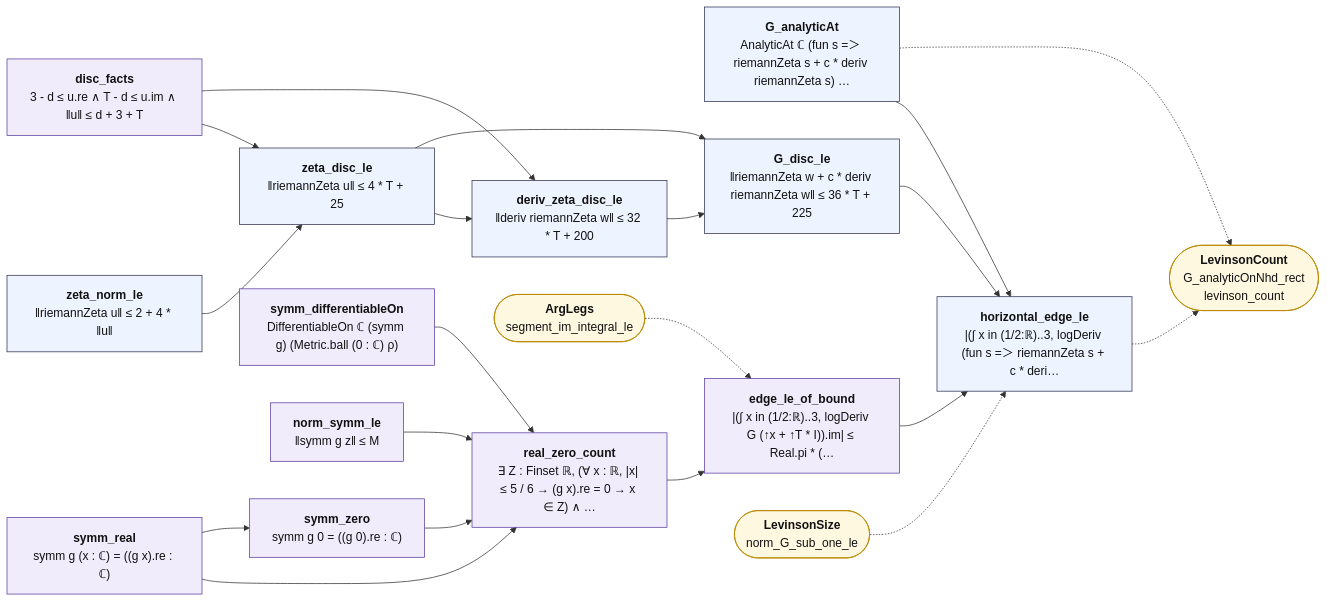
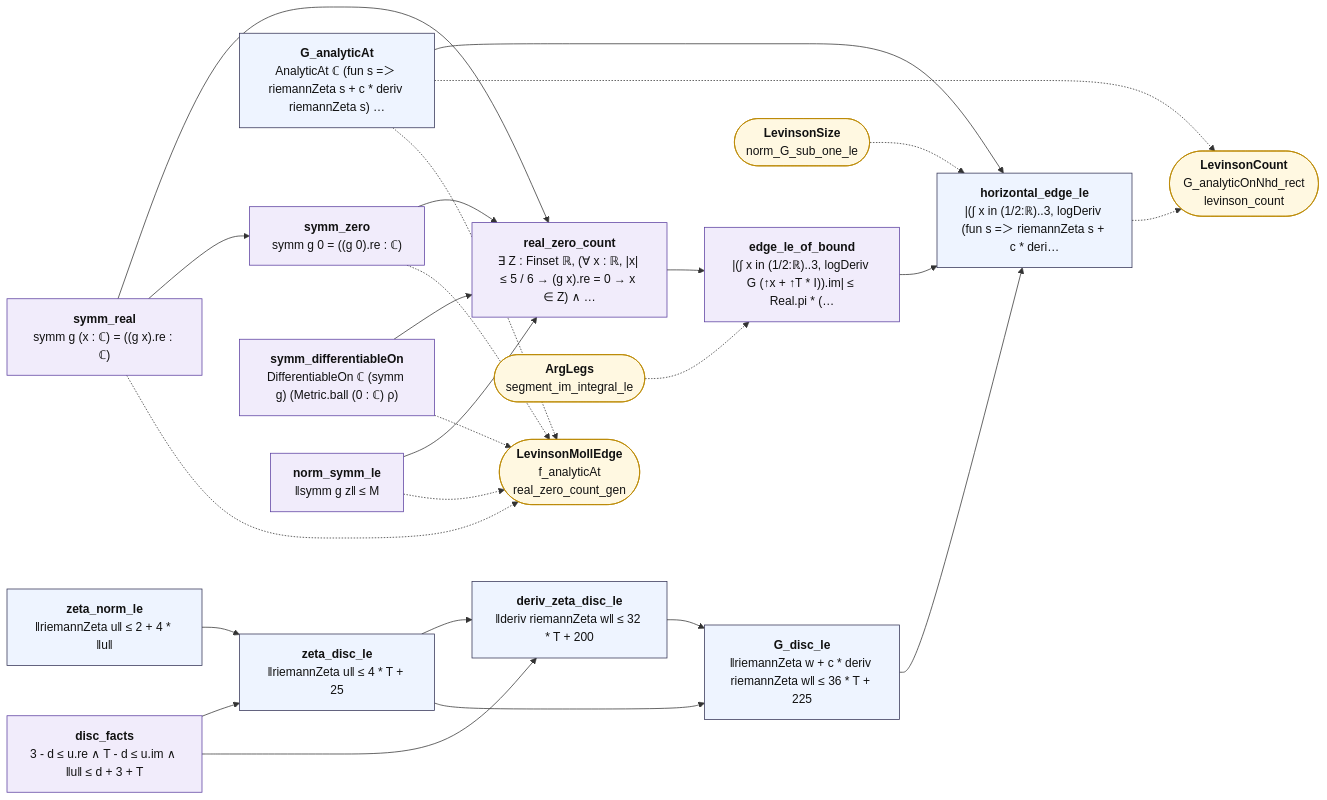
The diagram in map/lean_stage3/LevinsonEdge.md (juliansambranojr/Primebeat_081426), drawn with Mermaid before and after one commit. The commit also changed other lines of this file and 21 other files, not shown here.

````diff
--- a/map/lean_stage3/LevinsonEdge.md
+++ b/map/lean_stage3/LevinsonEdge.md
@@ -14,46 +14,52 @@
 ```mermaid
 flowchart LR
   n0["<b>zeta_norm_le</b><br/>‖riemannZeta u‖ ≤ 2 + 4 * ‖u‖"]:::thm
   n1["<b>disc_facts</b><br/>3 - d ≤ u.re ∧ T - d ≤ u.im ∧ ‖u‖ ≤ d + 3 + T"]:::shp
   n2["<b>zeta_disc_le</b><br/>‖riemannZeta u‖ ≤ 4 * T + 25"]:::thm
   n3["<b>deriv_zeta_disc_le</b><br/>‖deriv riemannZeta w‖ ≤ 32 * T + 200"]:::thm
   n4["<b>G_analyticAt</b><br/>AnalyticAt ℂ (fun s =＞ riemannZeta s + c * deriv riemannZeta s) …"]:::thm
   n5["<b>G_disc_le</b><br/>‖riemannZeta w + c * deriv riemannZeta w‖ ≤ 36 * T + 225"]:::thm
   n6["<b>symm_real</b><br/>symm g (x : ℂ) = ((g x).re : ℂ)"]:::shp
   n7["<b>symm_zero</b><br/>symm g 0 = ((g 0).re : ℂ)"]:::shp
   n8["<b>symm_differentiableOn</b><br/>DifferentiableOn ℂ (symm g) (Metric.ball (0 : ℂ) ρ)"]:::shp
   n9["<b>norm_symm_le</b><br/>‖symm g z‖ ≤ M"]:::shp
   n10["<b>real_zero_count</b><br/>∃ Z : Finset ℝ, (∀ x : ℝ, |x| ≤ 5 / 6 → (g x).re = 0 → x ∈ Z) ∧ …"]:::shp
   n11["<b>edge_le_of_bound</b><br/>|(∫ x in (1/2:ℝ)..3, logDeriv G (↑x + ↑T * I)).im| ≤ Real.pi * (…"]:::shp
   n12["<b>horizontal_edge_le</b><br/>|(∫ x in (1/2:ℝ)..3, logDeriv (fun s =＞ riemannZeta s + c * deri…"]:::thm
   x0(["<b>LevinsonCount</b><br/>G_analyticOnNhd_rect<br/>levinson_count"]):::ext
-  x1(["<b>ArgLegs</b><br/>segment_im_integral_le"]):::ext
-  x2(["<b>LevinsonSize</b><br/>norm_G_sub_one_le"]):::ext
+  x1(["<b>LevinsonMollEdge</b><br/>f_analyticAt<br/>real_zero_count_gen"]):::ext
+  x2(["<b>ArgLegs</b><br/>segment_im_integral_le"]):::ext
+  x3(["<b>LevinsonSize</b><br/>norm_G_sub_one_le"]):::ext
   n0 --> n2
   n1 --> n2
   n1 --> n3
   n10 --> n11
   n11 --> n12
   n2 --> n3
   n2 --> n5
   n3 --> n5
   n4 --> n12
   n5 --> n12
   n6 --> n10
   n6 --> n7
   n7 --> n10
   n8 --> n10
   n9 --> n10
   n12 -.-> x0
   n4 -.-> x0
-  x1 -.-> n11
-  x2 -.-> n12
+  n4 -.-> x1
+  n6 -.-> x1
+  n7 -.-> x1
+  n8 -.-> x1
+  n9 -.-> x1
+  x2 -.-> n11
+  x3 -.-> n12
   classDef cnt fill:#dff5ec,stroke:#17694a,color:#111
   classDef shp fill:#f1ecfb,stroke:#5b3fa0,color:#111
   classDef rh fill:#ffe5e5,stroke:#c22,color:#111,stroke-width:2px
   classDef thm fill:#eef4ff,stroke:#335,color:#111
   classDef end_ fill:#e7f7e7,stroke:#2a7,color:#111,stroke-width:2px
   classDef lone fill:#fff,stroke:#999,color:#111,stroke-dasharray:4 3
   classDef bad fill:#ffe5e5,stroke:#c22,color:#111,stroke-width:2px
   classDef ext fill:#fff8e1,stroke:#b80,color:#111
 ```
````
